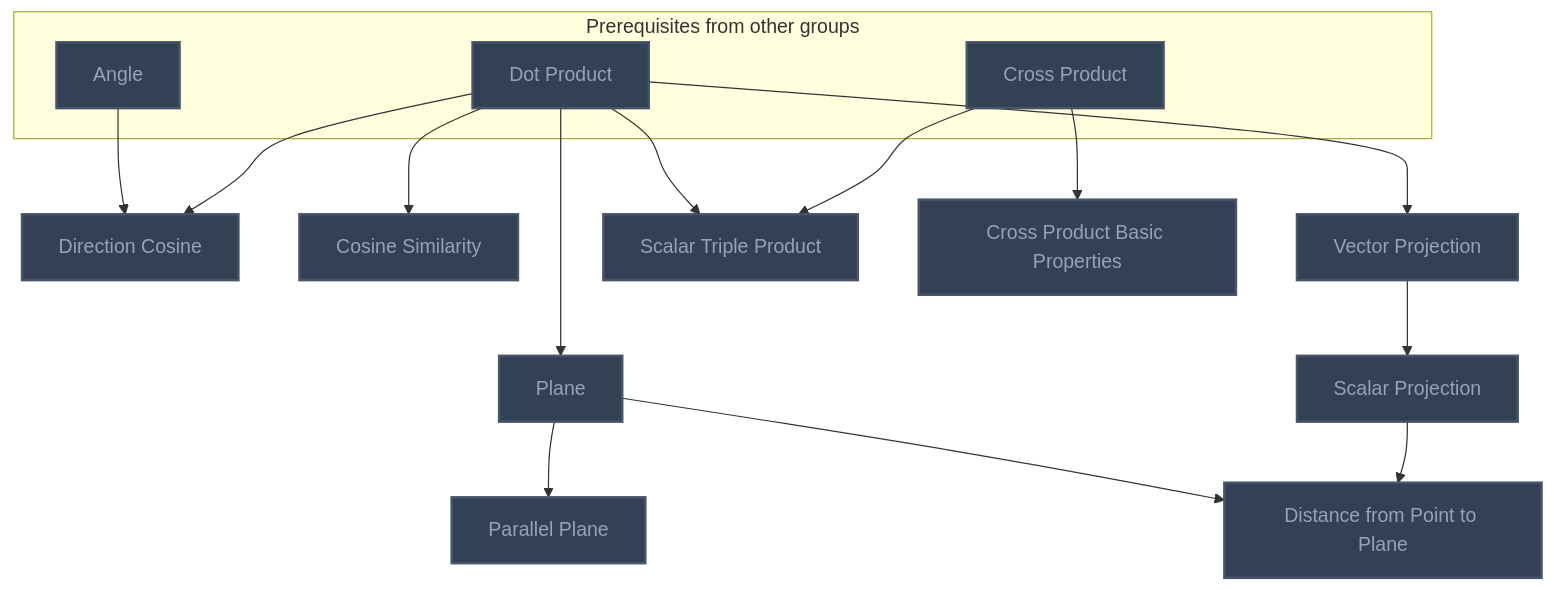
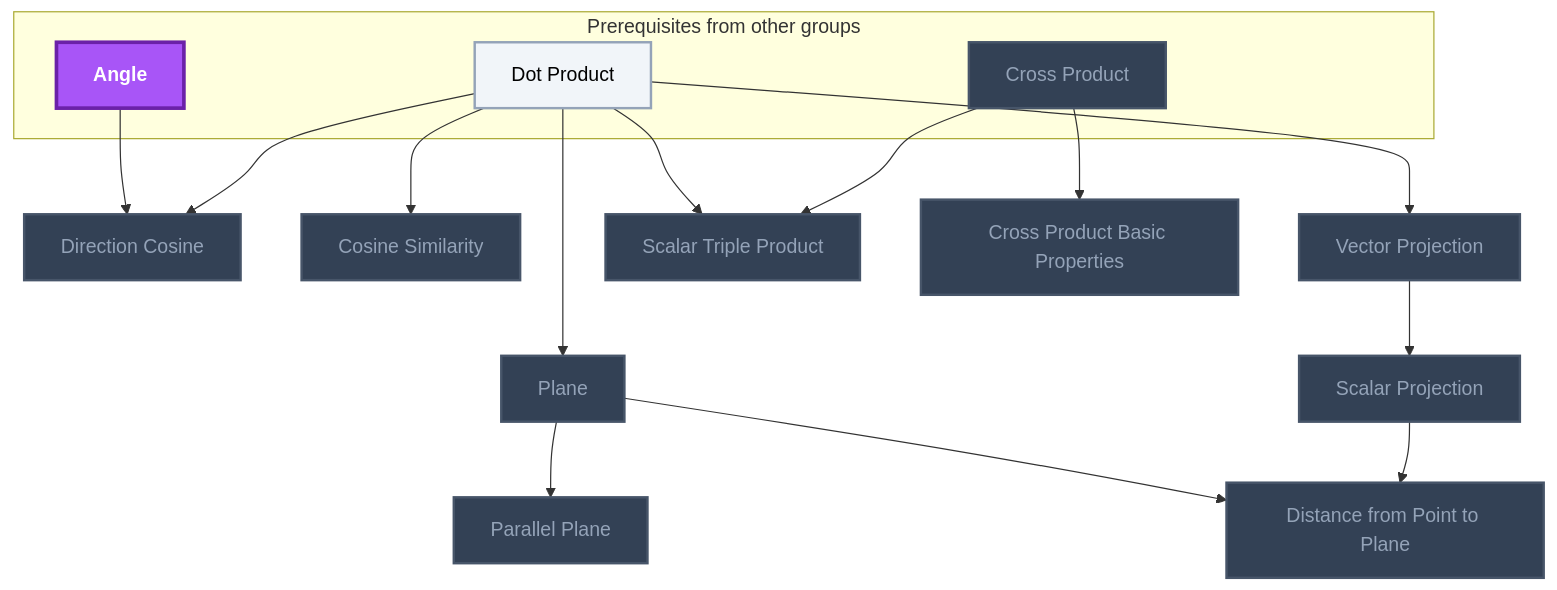
One commit to MRauf1/My-Notes changed the ninth of 12 diagrams in Gamification/Skill Trees/Calculus.md. Above: the diagram before and after it, drawn with Mermaid. The commit also changed other lines of this file and 156 other files, not shown here.

````diff
--- a/Gamification/Skill Trees/Calculus.md
+++ b/Gamification/Skill Trees/Calculus.md
@@ -682,40 +703,42 @@
 ```mermaid
 flowchart TD
     classDef planned fill:#1E293B,stroke:#64748B,stroke-width:2px,stroke-dasharray:5 5,color:#94A3B8;
     classDef locked fill:#334155,stroke:#475569,stroke-width:2px,color:#94A3B8;
     classDef L0 fill:#F1F5F9,stroke:#94A3B8,stroke-width:2px,color:#000000;
     classDef L1 fill:#22C55E,stroke:#15803D,stroke-width:2px,color:#000000;
     classDef L2 fill:#3B82F6,stroke:#1D4ED8,stroke-width:3px,color:#FFFFFF;
     classDef L3 fill:#A855F7,stroke:#6B21A8,stroke-width:3px,color:#FFFFFF,font-weight:bold;
     classDef L4 fill:#F97316,stroke:#C2410C,stroke-width:4px,color:#000000,font-weight:bold;
     classDef L5 fill:#FFD700,stroke:#FF8C00,stroke-width:5px,color:#000000,font-weight:bold;
     classDef rusty stroke:#8B4513,stroke-width:4px,stroke-dasharray:3 3;
     subgraph sg_prereqs["Prerequisites from other groups"]
         n_dot_product["Dot Product"]
         n_angle["Angle"]
         n_cross_product["Cross Product"]
     end
     n_direction_cosine["Direction Cosine"]
     n_cosine_similarity["Cosine Similarity"]
     n_scalar_projection["Scalar Projection"]
     n_vector_projection["Vector Projection"]
     n_scalar_triple_product["Scalar Triple Product"]
     n_cross_product_basic_properties["Cross Product Basic Properties"]
     n_plane["Plane"]
     n_parallel_plane["Parallel Plane"]
     n_distance_from_point_to_plane["Distance from Point to Plane"]
     n_dot_product --> n_direction_cosine
     n_angle --> n_direction_cosine
     n_dot_product --> n_cosine_similarity
     n_vector_projection --> n_scalar_projection
     n_dot_product --> n_vector_projection
     n_cross_product --> n_scalar_triple_product
     n_dot_product --> n_scalar_triple_product
     n_cross_product --> n_cross_product_basic_properties
     n_dot_product --> n_plane
     n_plane --> n_parallel_plane
     n_scalar_projection --> n_distance_from_point_to_plane
     n_plane --> n_distance_from_point_to_plane
-    class n_dot_product,n_angle,n_cross_product,n_direction_cosine,n_cosine_similarity,n_scalar_projection,n_vector_projection,n_scalar_triple_product,n_cross_product_basic_properties,n_plane,n_parallel_plane,n_distance_from_point_to_plane locked;
+    class n_cross_product,n_direction_cosine,n_cosine_similarity,n_scalar_projection,n_vector_projection,n_scalar_triple_product,n_cross_product_basic_properties,n_plane,n_parallel_plane,n_distance_from_point_to_plane locked;
+    class n_dot_product L0;
+    class n_angle L3;
     class n_dot_product,n_angle,n_cross_product,n_direction_cosine,n_cosine_similarity,n_scalar_projection,n_vector_projection,n_scalar_triple_product,n_cross_product_basic_properties,n_plane,n_parallel_plane,n_distance_from_point_to_plane internal-link;
 ```
````
